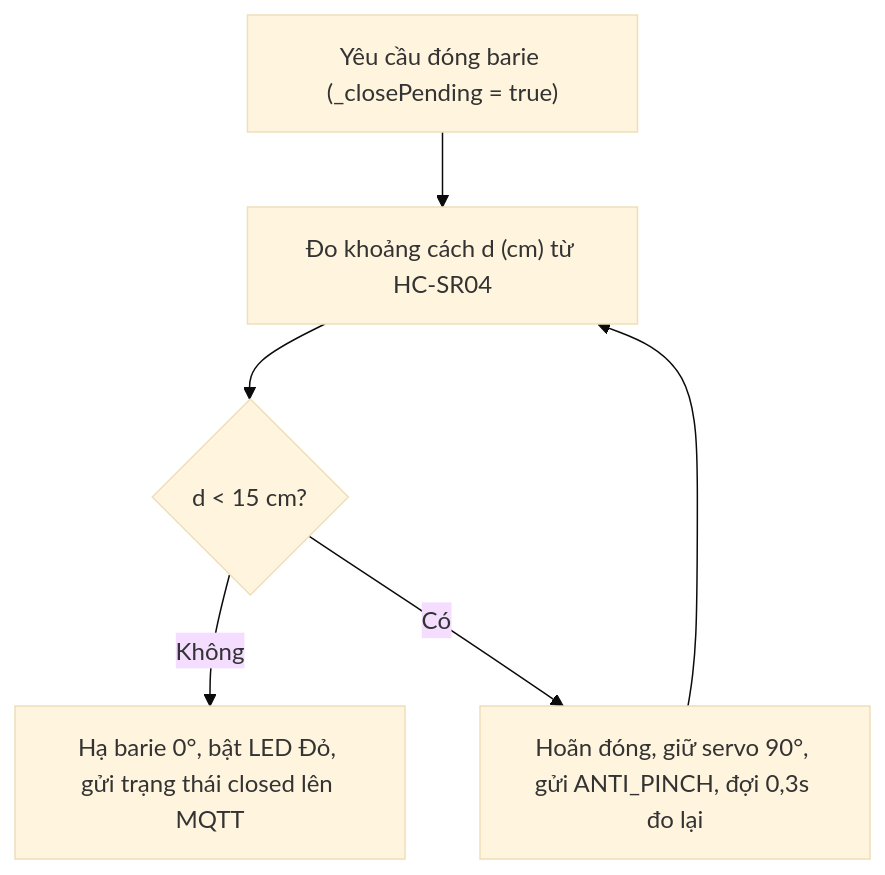
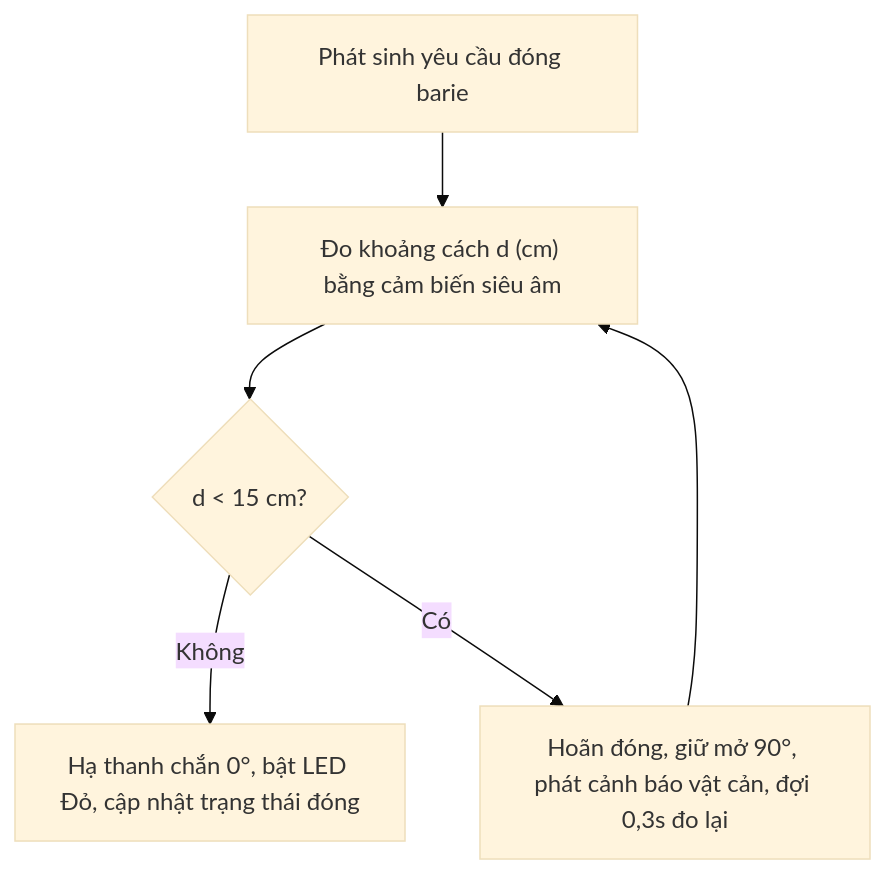
One commit to Tthoong129/IOT_Nhom4 changed the fourth of 6 diagrams in docs/BAO_CAO_TIEU_LUAN_HOAN_CHINH.md. Above: the diagram before and after it, drawn with Mermaid (base theme). The commit also changed other lines of this file, not shown here.

````diff
--- a/docs/BAO_CAO_TIEU_LUAN_HOAN_CHINH.md
+++ b/docs/BAO_CAO_TIEU_LUAN_HOAN_CHINH.md
@@ -390,8 +397,8 @@
 ```mermaid
 flowchart TD
-    P1["Yêu cầu đóng barie (_closePending = true)"] --> P2["Đo khoảng cách d (cm) từ HC-SR04"]
+    P1["Phát sinh yêu cầu đóng barie"] --> P2["Đo khoảng cách d (cm) bằng cảm biến siêu âm"]
     P2 --> P3{"d < 15 cm?"}
-    P3 -->|"Không"| P4["Hạ barie 0°, bật LED Đỏ, gửi trạng thái closed lên MQTT"]
-    P3 -->|"Có"| P5["Hoãn đóng, giữ servo 90°, gửi ANTI_PINCH, đợi 0,3s đo lại"]
+    P3 -->|"Không"| P4["Hạ thanh chắn 0°, bật LED Đỏ, cập nhật trạng thái đóng"]
+    P3 -->|"Có"| P5["Hoãn đóng, giữ mở 90°, phát cảnh báo vật cản, đợi 0,3s đo lại"]
     P5 --> P2
 ```
````
